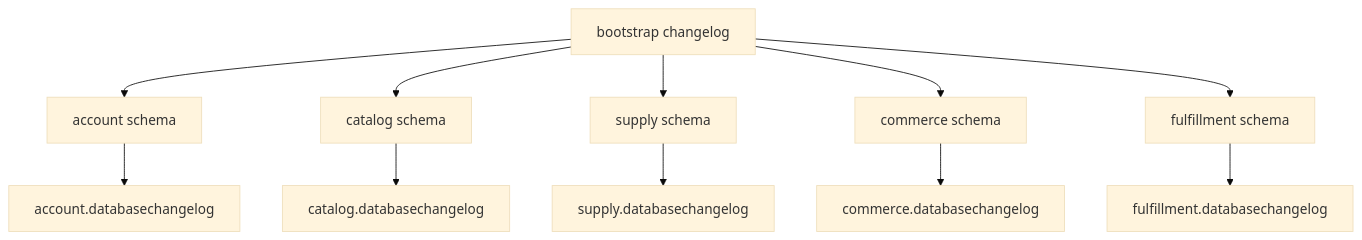
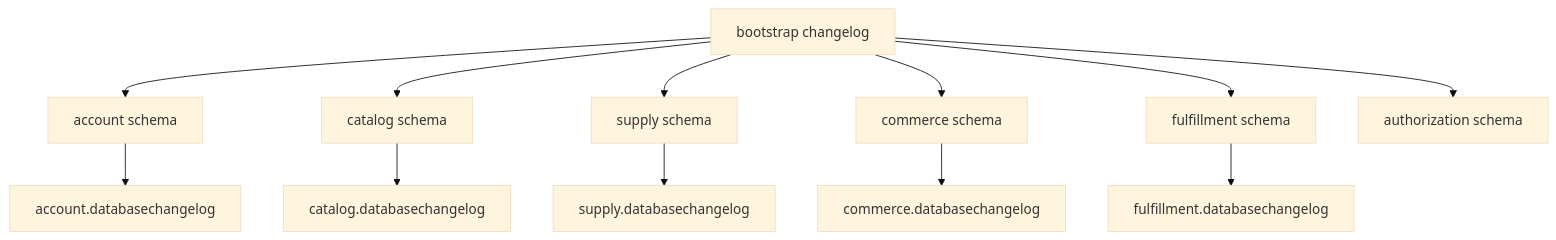
The diagram in docs/database/schema-ownership.md (gopivr/fresh-veg), drawn with Mermaid (base theme) before and after one commit. The commit also changed other lines of this file and 16 other files, not shown here.

````diff
--- a/docs/database/schema-ownership.md
+++ b/docs/database/schema-ownership.md
@@ -11,13 +12,14 @@
 ```mermaid
 flowchart TB
   Root[bootstrap changelog] --> Account[account schema]
   Root --> Catalog[catalog schema]
   Root --> Supply[supply schema]
   Root --> Commerce[commerce schema]
   Root --> Fulfillment[fulfillment schema]
+  Root --> Authorization[authorization schema]
   Account --> AccountHistory[account.databasechangelog]
   Catalog --> CatalogHistory[catalog.databasechangelog]
   Supply --> SupplyHistory[supply.databasechangelog]
   Commerce --> CommerceHistory[commerce.databasechangelog]
   Fulfillment --> FulfillmentHistory[fulfillment.databasechangelog]
 ```
````
